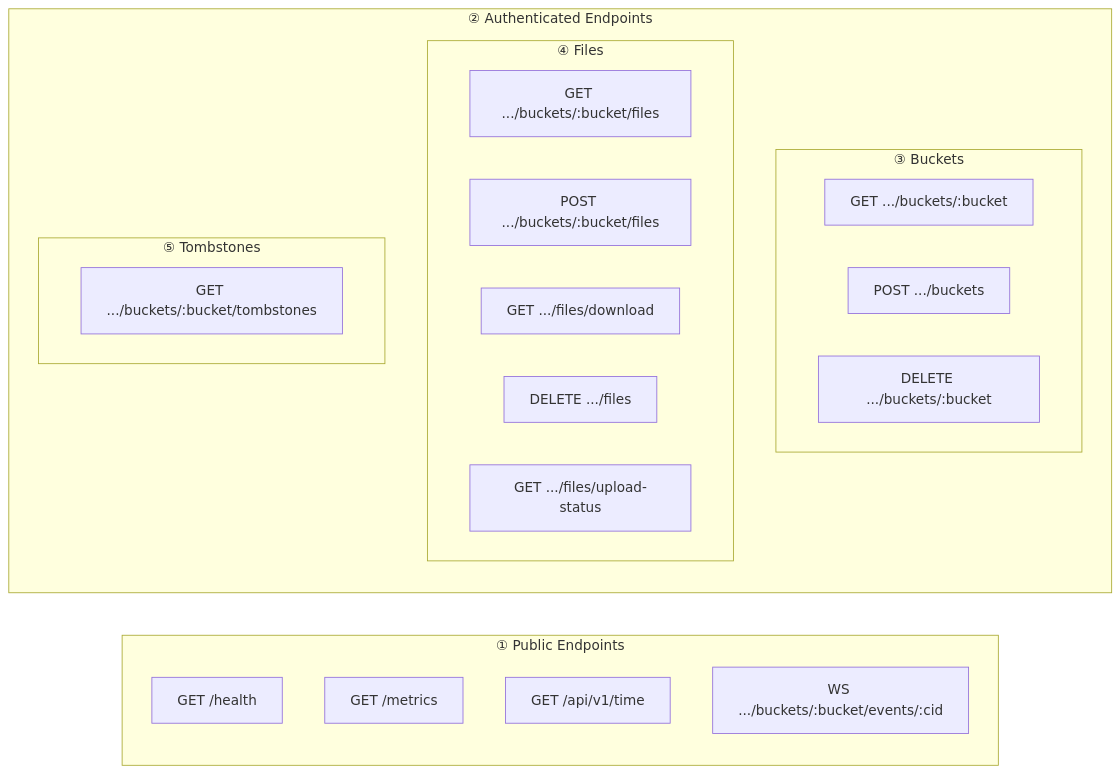
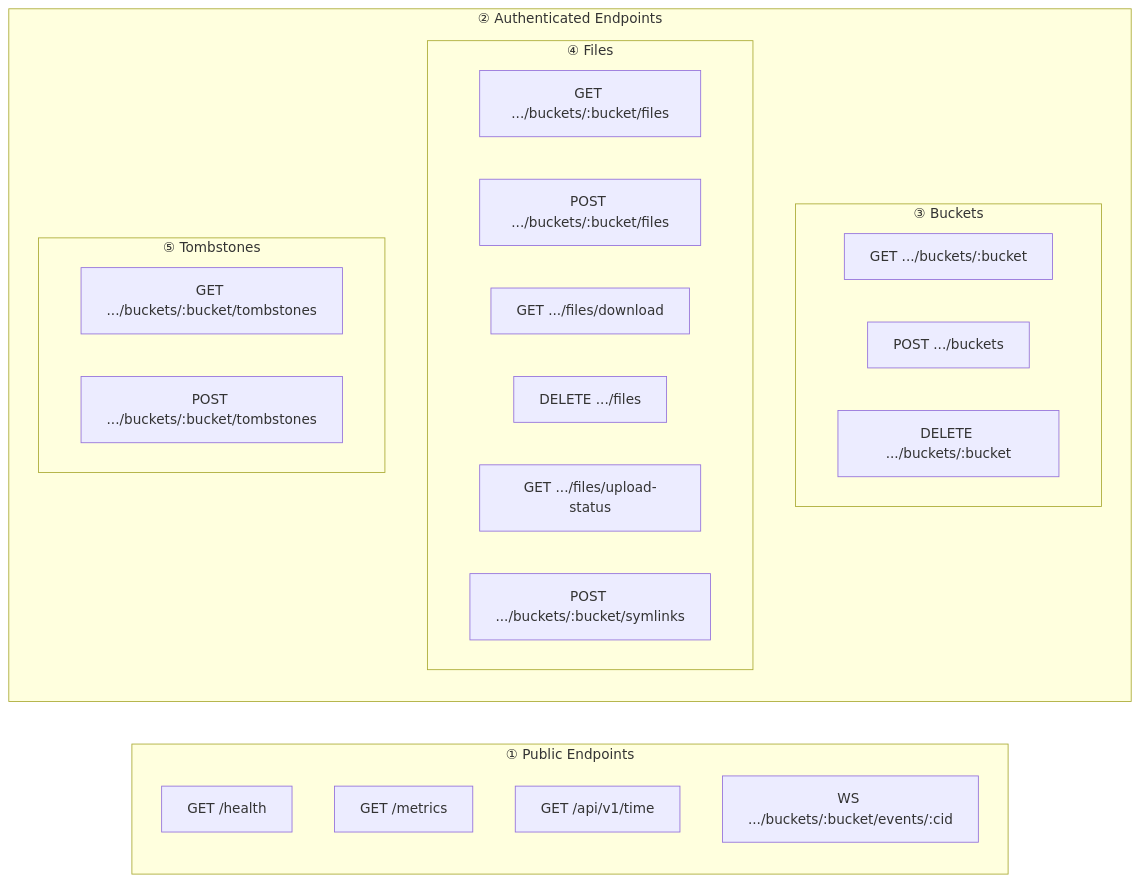
Before and after one commit to albertsdk/hsync-server: the first of 2 diagrams in docs/api.md, drawn with Mermaid. The commit also changed other lines of this file and 1 other file, not shown here.

````diff
--- a/docs/api.md
+++ b/docs/api.md
@@ -7,29 +7,31 @@
 ```mermaid
 graph LR
     subgraph Public["① Public Endpoints"]
         H["GET /health"]
         M["GET /metrics"]
         T["GET /api/v1/time"]
         WS["WS .../buckets/:bucket/events/:cid"]
     end
 
     subgraph Auth["② Authenticated Endpoints"]
         subgraph Buckets["③ Buckets"]
             GB["GET .../buckets/:bucket"]
             CB["POST .../buckets"]
             DB["DELETE .../buckets/:bucket"]
         end
 
         subgraph Files["④ Files"]
             LF["GET .../buckets/:bucket/files"]
             UF["POST .../buckets/:bucket/files"]
             DF["GET .../files/download"]
             RF["DELETE .../files"]
             US["GET .../files/upload-status"]
+            SL["POST .../buckets/:bucket/symlinks"]
         end
 
         subgraph Tombstones["⑤ Tombstones"]
             GT["GET .../buckets/:bucket/tombstones"]
+            PT["POST .../buckets/:bucket/tombstones"]
         end
     end
 ```
````
